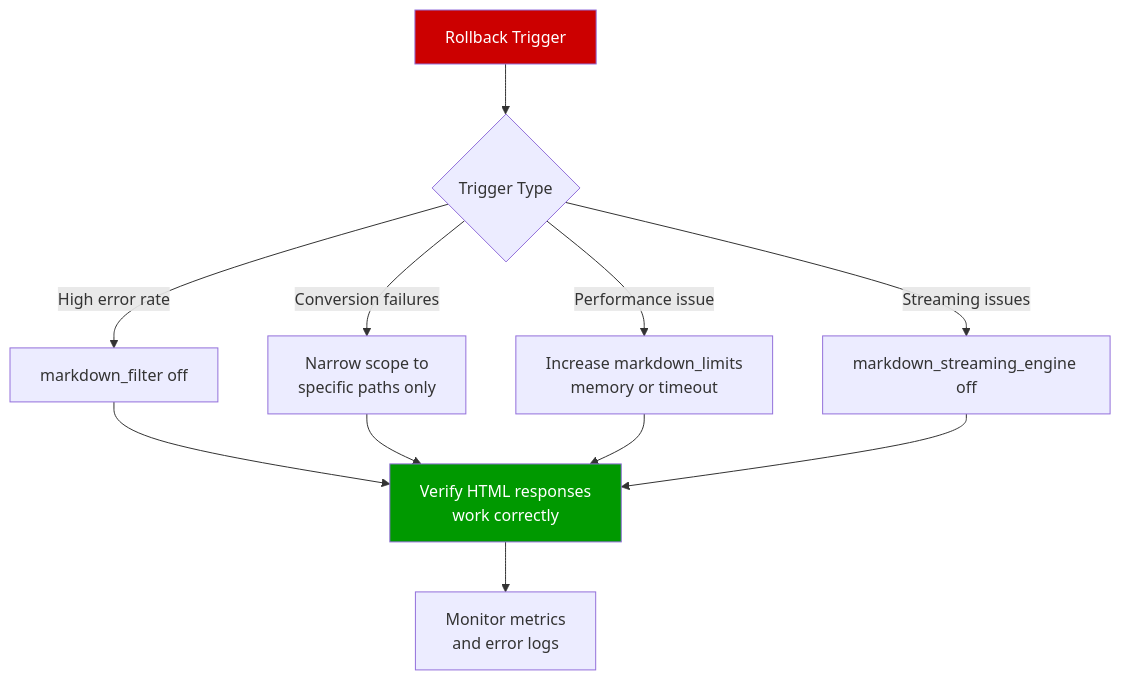
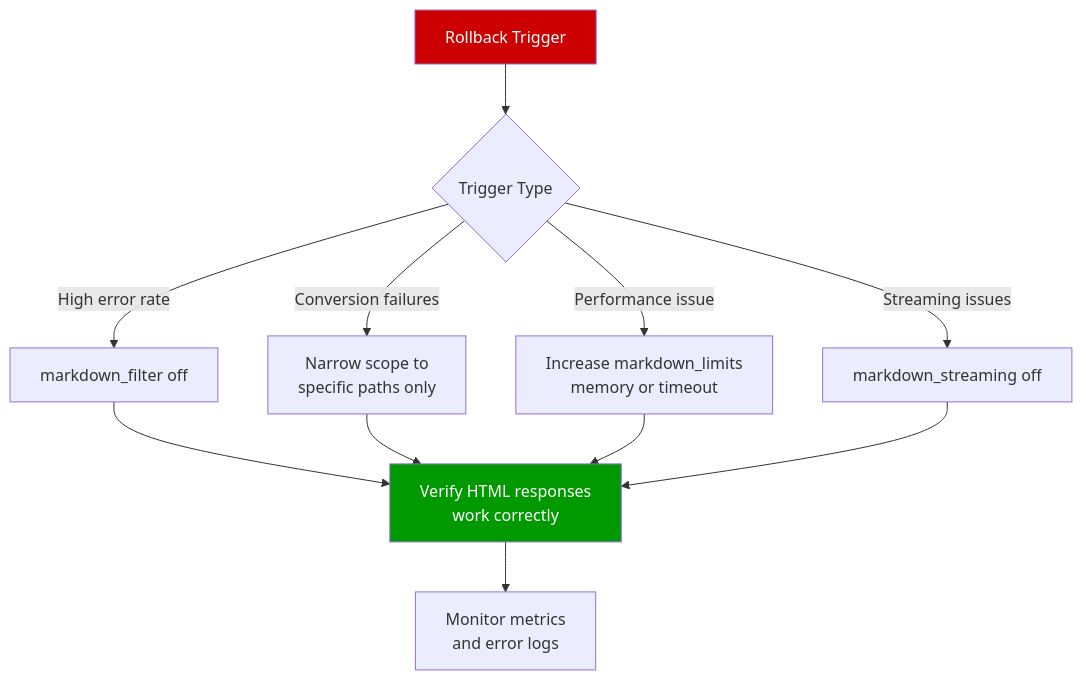
The diagram in docs/guides/ROLLBACK_GUIDE.md (cnkang/nginx-markdown-for-agents), drawn with Mermaid before and after one commit. The commit also changed 34 other files, not shown here.

````diff
--- a/docs/guides/ROLLBACK_GUIDE.md
+++ b/docs/guides/ROLLBACK_GUIDE.md
@@ -19,16 +19,16 @@
 ```mermaid
 flowchart TD
     Trigger["Rollback Trigger"] --> Type{"Trigger Type"}
     Type -->|High error rate| Disable["markdown_filter off"]
     Type -->|Conversion failures| Narrow["Narrow scope to<br/>specific paths only"]
     Type -->|Performance issue| IncreaseLimit["Increase markdown_limits<br/>memory or timeout"]
-    Type -->|Streaming issues| DisableStream["markdown_streaming_engine off"]
+    Type -->|Streaming issues| DisableStream["markdown_streaming off"]
     Disable --> Verify["Verify HTML responses<br/>work correctly"]
     Narrow --> Verify
     IncreaseLimit --> Verify
     DisableStream --> Verify
     Verify --> Monitor["Monitor metrics<br/>and error logs"]
     
     style Trigger fill:#c00,color:#fff
     style Verify fill:#090,color:#fff
 ```
````
